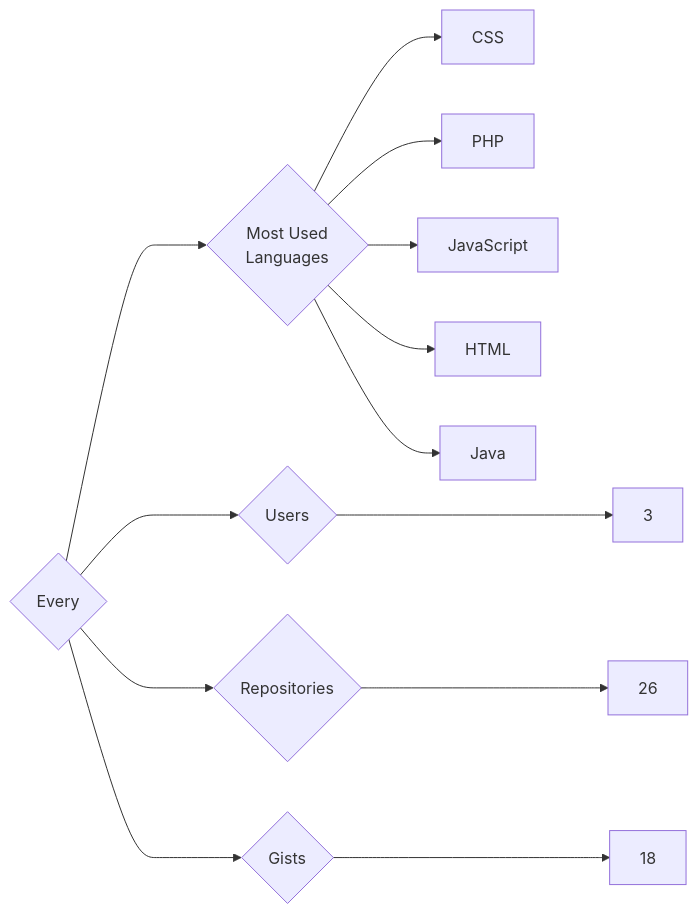
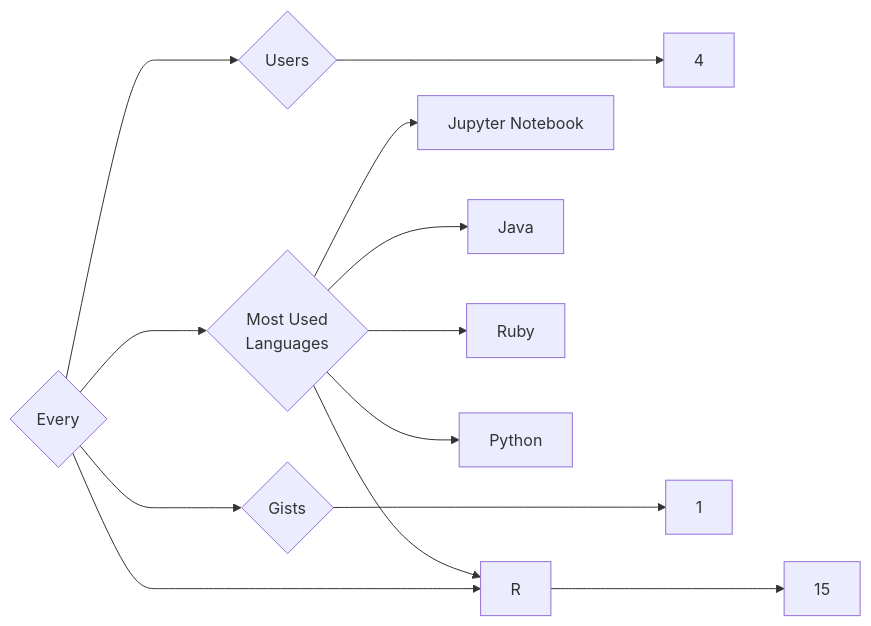
One commit to trickest/insiders changed the diagram in targets/Every/README.md. Above: the diagram before and after it, drawn with Mermaid. The commit also changed 611 other files, not shown here.

````diff
--- a/targets/Every/README.md
+++ b/targets/Every/README.md
@@ -3,13 +3,13 @@
 ```mermaid
 graph LR
 COMPANY_NAME{Every}
-COMPANY_NAME ---> U{Users} ---> UN[3]
-COMPANY_NAME ---> R{Repositories} ---> RN[26]
-COMPANY_NAME ---> G{Gists} ---> GN[18]
+COMPANY_NAME ---> U{Users} ---> UN[4]
+COMPANY_NAME ---> R{Repositories} ---> RN[15]
+COMPANY_NAME ---> G{Gists} ---> GN[1]
 COMPANY_NAME ---> ML{Most Used<br>Languages}
-ML --> CSS[CSS]
-ML --> PHP[PHP]
-ML --> JavaScript[JavaScript]
-ML --> HTML[HTML]
+ML --> Jupyter_Notebook[Jupyter Notebook]
 ML --> Java[Java]
+ML --> Ruby[Ruby]
+ML --> R[R]
+ML --> Python[Python]
 ```
````
